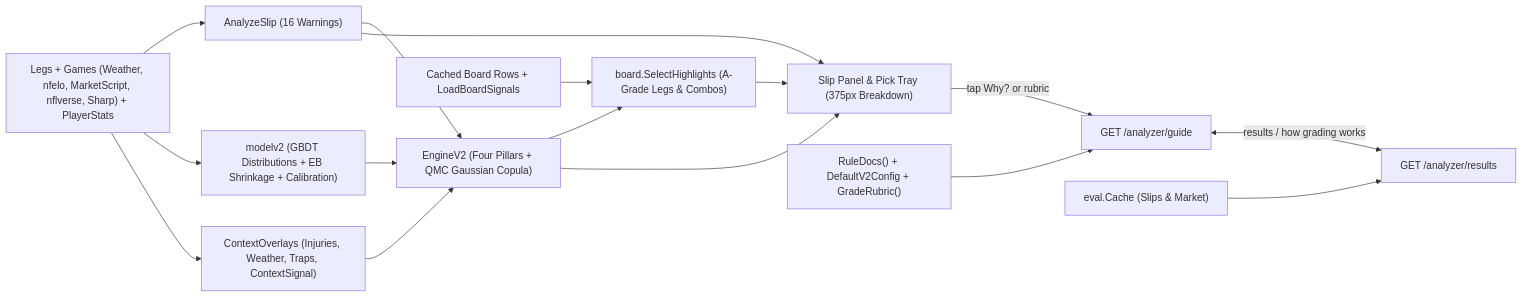
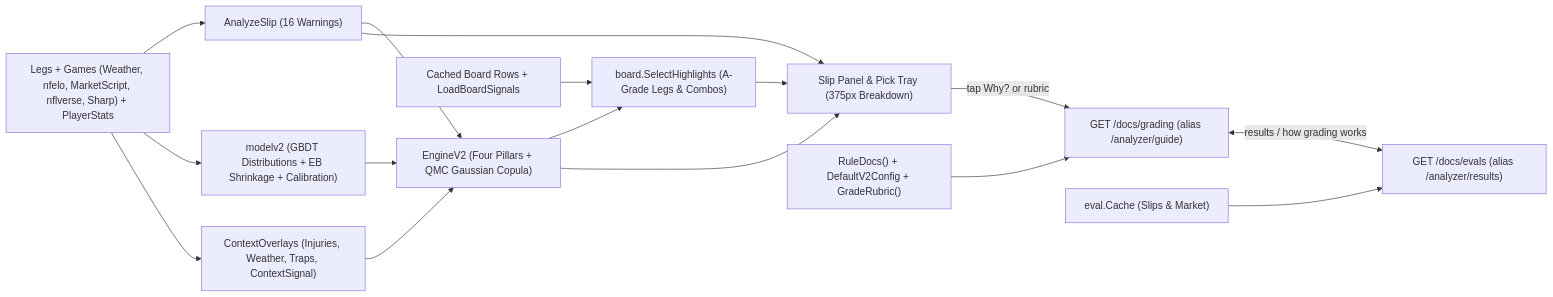
Before and after one commit to kalverra/parlay-club: the diagram in docs/concepts/analyzer.md, drawn with Mermaid. The commit also changed other lines of this file and 15 other files, not shown here.

First line of the commit message:
Serve grading and evals inside Docs

````diff
--- a/docs/concepts/analyzer.md
+++ b/docs/concepts/analyzer.md
@@ -24,18 +24,18 @@
 ```mermaid
 flowchart LR
   Inputs["Legs + Games (Weather, nfelo, MarketScript, nflverse, Sharp) + PlayerStats"] --> Rules["AnalyzeSlip (16 Warnings)"]
   Inputs --> ModelV2["modelv2 (GBDT Distributions + EB Shrinkage + Calibration)"]
   Inputs --> Overlays["ContextOverlays (Injuries, Weather, Traps, ContextSignal)"]
   ModelV2 --> EngineV2["EngineV2 (Four Pillars + QMC Gaussian Copula)"]
   Overlays --> EngineV2
   Rules --> EngineV2
   Board["Cached Board Rows + LoadBoardSignals"] --> Highlights["board.SelectHighlights (A-Grade Legs & Combos)"]
   EngineV2 --> Highlights
   Rules --> UI["Slip Panel & Pick Tray (375px Breakdown)"]
   EngineV2 --> UI
   Highlights --> UI
-  UI -->|"tap Why? or rubric"| Guide["GET /analyzer/guide"]
-  Guide <-->|"results / how grading works"| Results["GET /analyzer/results"]
+  UI -->|"tap Why? or rubric"| Guide["GET /docs/grading (alias /analyzer/guide)"]
+  Guide <-->|"results / how grading works"| Results["GET /docs/evals (alias /analyzer/results)"]
   EngineDocs["RuleDocs() + DefaultV2Config + GradeRubric()"] --> Guide
   Cache["eval.Cache (Slips & Market)"] --> Results
 ```
````
